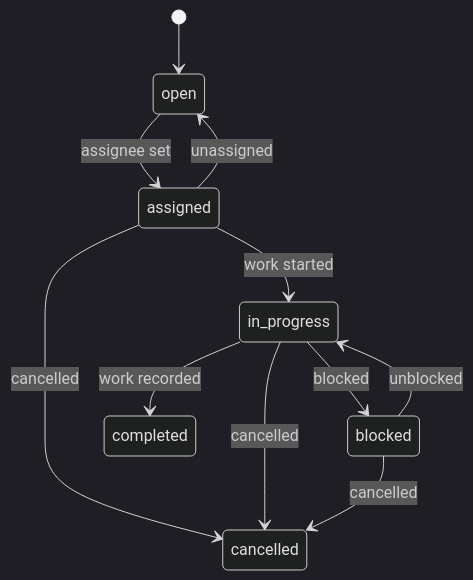
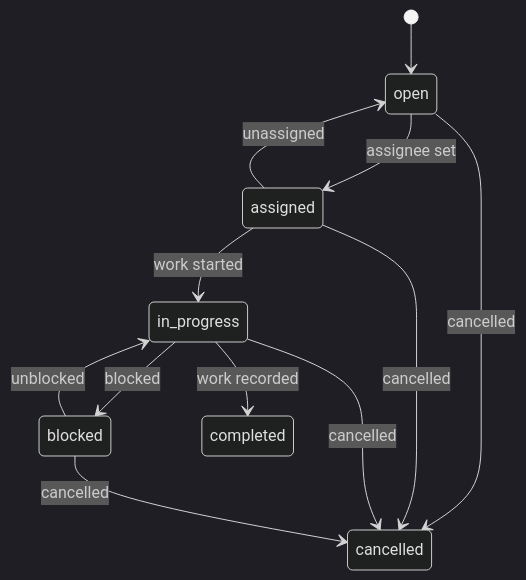
Before and after one commit to rudzy123/patchpilot: the diagram in docs/architecture/remediation-lifecycle.md, drawn with Mermaid (dark theme). The commit also changed other lines of this file and 26 other files, not shown here.

````diff
--- a/docs/architecture/remediation-lifecycle.md
+++ b/docs/architecture/remediation-lifecycle.md
@@ -13,13 +13,14 @@
 ```mermaid
 stateDiagram-v2
   [*] --> open
   open --> assigned: assignee set
+  open --> cancelled: cancelled
   assigned --> open: unassigned
   assigned --> in_progress: work started
   assigned --> cancelled: cancelled
   in_progress --> blocked: blocked
   in_progress --> completed: work recorded
   in_progress --> cancelled: cancelled
   blocked --> in_progress: unblocked
   blocked --> cancelled: cancelled
 ```
````
